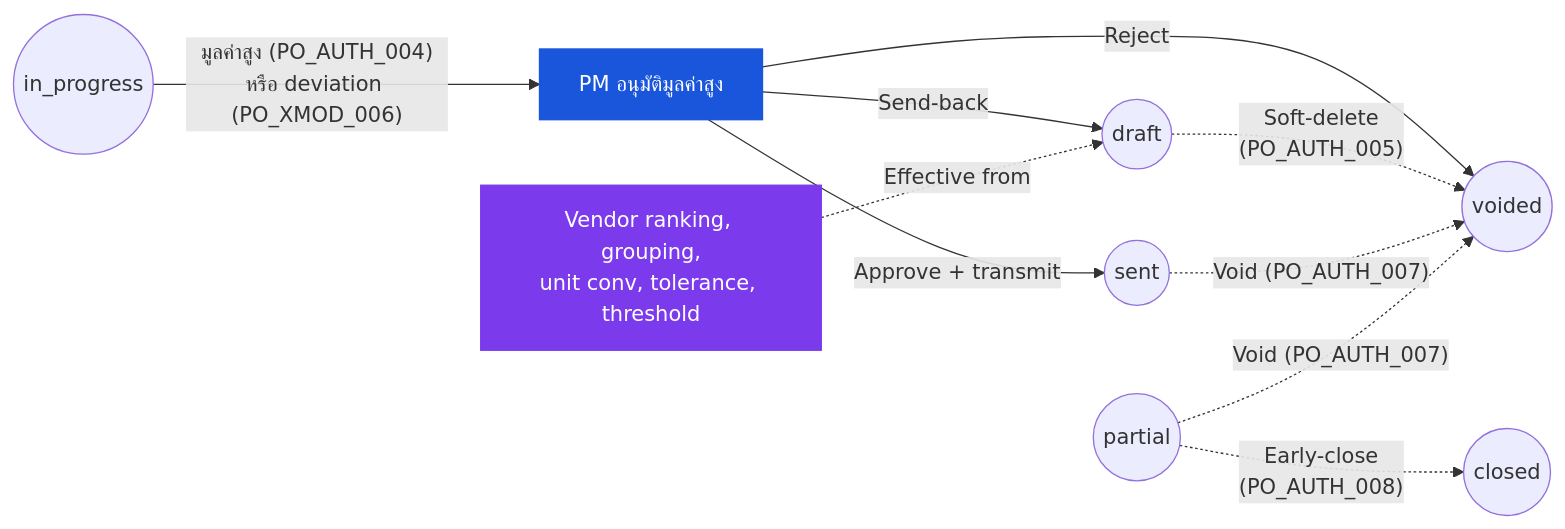
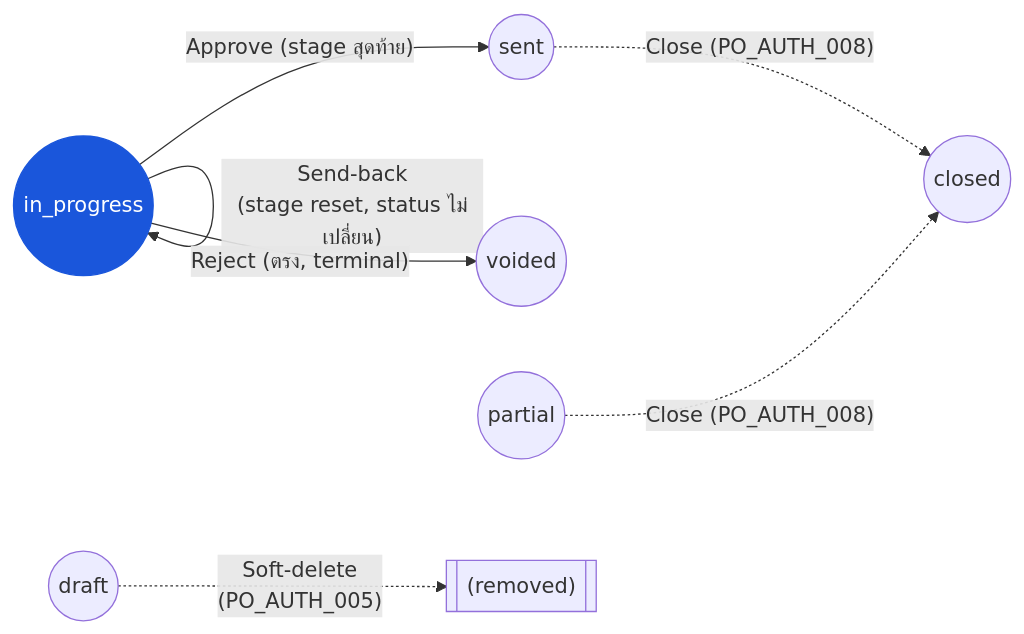
Before and after one commit to CarmenSoftware-organization/carmen-wiki: the diagram in th/inventory/purchase-order/03-user-flow-procurement-manager.md, drawn with Mermaid. The commit also changed other lines of this file and 38 other files, not shown here.

````diff
--- a/th/inventory/purchase-order/03-user-flow-procurement-manager.md
+++ b/th/inventory/purchase-order/03-user-flow-procurement-manager.md
@@ -23,14 +25,10 @@
 ```mermaid
 graph LR
-    inprog(("in_progress")) -->|"มูลค่าสูง (PO_AUTH_004)<br/>หรือ deviation (PO_XMOD_006)"| pm["PM อนุมัติมูลค่าสูง"]:::current
-    pm -->|"Approve + transmit"| sent(("sent"))
-    pm -->|"Send-back"| draft(("draft"))
-    pm -->|"Reject"| voided(("voided"))
-    draft -.->|"Soft-delete<br/>(PO_AUTH_005)"| voided
-    sent -.->|"Void (PO_AUTH_007)"| voided
-    partial(("partial")) -.->|"Void (PO_AUTH_007)"| voided
-    partial -.->|"Early-close<br/>(PO_AUTH_008)"| closed(("closed"))
-    cfg["Vendor ranking, grouping,<br/>unit conv, tolerance, threshold"]:::current2 -.->|"Effective from"| draft
+    inprog(("in_progress")):::current -->|"Approve (stage สุดท้าย)"| sent(("sent"))
+    inprog -->|"Send-back<br/>(stage reset, status ไม่เปลี่ยน)"| inprog
+    inprog -->|"Reject (ตรง, terminal)"| voided(("voided"))
+    draft(("draft")) -.->|"Soft-delete<br/>(PO_AUTH_005)"| gone[["(removed)"]]
+    sent -.->|"Close (PO_AUTH_008)"| closed(("closed"))
+    partial(("partial")) -.->|"Close (PO_AUTH_008)"| closed
     classDef current fill:#1a56db,color:#fff,stroke:#1a56db;
-    classDef current2 fill:#7c3aed,color:#fff,stroke:#7c3aed;
 ```
````
